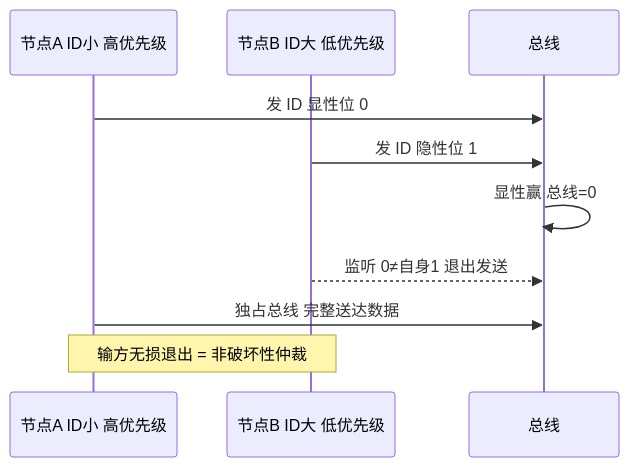
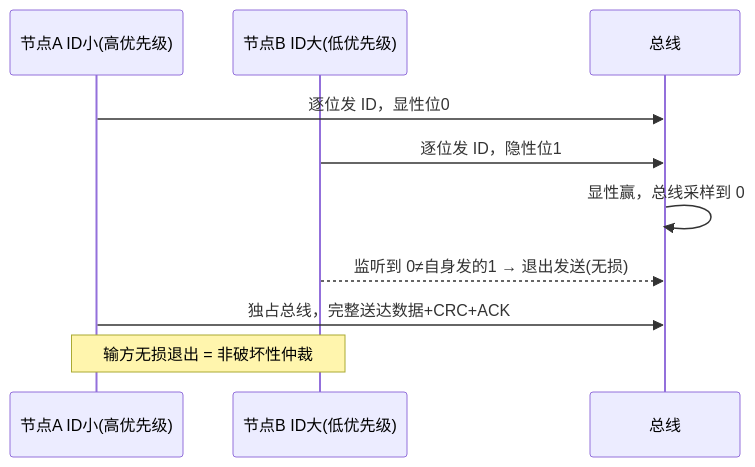
The fourth of 10 diagrams in articles/05-comm-protocols.md (1208826038/embedded-skill-notes), drawn with Mermaid before and after one commit. The commit also changed other lines of this file, not shown here.

````diff
--- a/articles/05-comm-protocols.md
+++ b/articles/05-comm-protocols.md
@@ -29,12 +226,12 @@
 ```mermaid
 sequenceDiagram
-    participant A as 节点A ID小 高优先级
-    participant B as 节点B ID大 低优先级
+    participant A as 节点A ID小(高优先级)
+    participant B as 节点B ID大(低优先级)
     participant Bus as 总线
-    A->>Bus: 发 ID 显性位 0
-    B->>Bus: 发 ID 隐性位 1
-    Bus->>Bus: 显性赢 总线=0
-    B-->>Bus: 监听 0≠自身1 退出发送
-    A->>Bus: 独占总线 完整送达数据
+    A->>Bus: 逐位发 ID，显性位0
+    B->>Bus: 逐位发 ID，隐性位1
+    Bus->>Bus: 显性赢，总线采样到 0
+    B-->>Bus: 监听到 0≠自身发的1 → 退出发送(无损)
+    A->>Bus: 独占总线，完整送达数据+CRC+ACK
     Note over A,B: 输方无损退出 = 非破坏性仲裁
 ```
````
